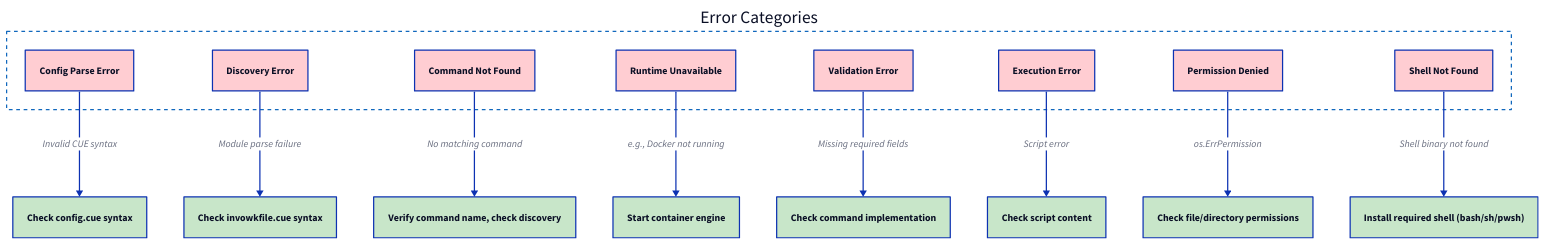
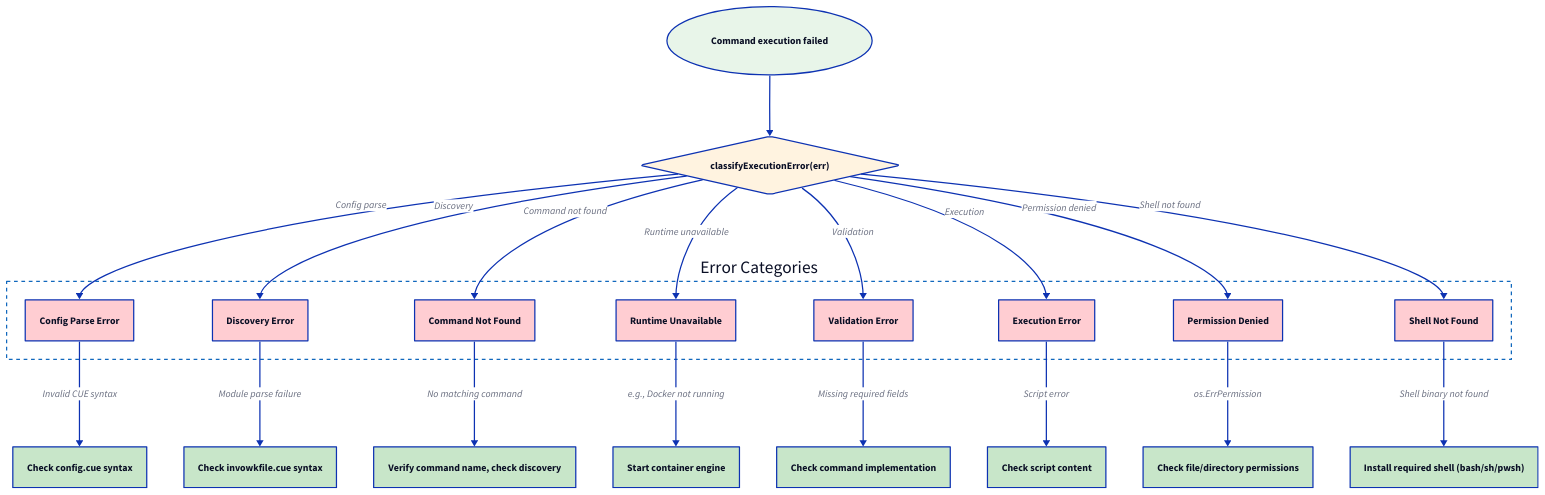
Before and after one commit to invowk/invowk: the diagram in docs/diagrams/flowcharts/execution-errors.d2, drawn with D2. The commit also changed 37 other files, not shown here. The source asks for the TALA layout; these drawings use dagre instead.

Commit message:
docs(diagrams): add readability guardrails and refresh d2 guidance (#63)

```diff
--- a/docs/diagrams/flowcharts/execution-errors.d2
+++ b/docs/diagrams/flowcharts/execution-errors.d2
@@ -1,107 +1,127 @@
 # Execution Error Categories Flowchart
 #
 # Shows the main categories of errors that can occur during
 # command execution and their common fixes.
 #
 # Source: cmd/invowk/cmd_execute_error_classifier.go (classifyExecutionError)
 
 vars: {
   d2-config: {
     layout-engine: tala
   }
 }
 
 direction: down
+
+Start: Command execution failed {
+  shape: oval
+  style.fill: "#E8F5E9"
+}
+
+Classify: classifyExecutionError(err) {
+  shape: diamond
+  style.fill: "#FFF3E0"
+}
 
 # ==============================================================================
 # Error Categories
 # ==============================================================================
 
 errors: Error Categories {
   style: {
     stroke: "#1168BD"
     stroke-dash: 3
     fill: transparent
   }
 
   E1: Config Parse Error {
     style.fill: "#FFCDD2"
   }
 
   E2: Discovery Error {
     style.fill: "#FFCDD2"
   }
 
   E3: Command Not Found {
     style.fill: "#FFCDD2"
   }
 
   E4: Runtime Unavailable {
     style.fill: "#FFCDD2"
   }
 
   E5: Validation Error {
     style.fill: "#FFCDD2"
   }
 
   E6: Execution Error {
     style.fill: "#FFCDD2"
   }
 
   E7: Permission Denied {
     style.fill: "#FFCDD2"
   }
 
   E8: Shell Not Found {
     style.fill: "#FFCDD2"
   }
 }
 
 # ==============================================================================
 # Fixes
 # ==============================================================================
 
 Fix1: Check config.cue syntax {
   style.fill: "#C8E6C9"
 }
 
 Fix2: Check invowkfile.cue syntax {
   style.fill: "#C8E6C9"
 }
 
 Fix3: Verify command name, check discovery {
   style.fill: "#C8E6C9"
 }
 
 Fix4: Start container engine {
   style.fill: "#C8E6C9"
 }
 
 Fix5: Check command implementation {
   style.fill: "#C8E6C9"
 }
 
 Fix6: Check script content {
   style.fill: "#C8E6C9"
 }
 
 Fix7: Check file/directory permissions {
   style.fill: "#C8E6C9"
 }
 
 Fix8: Install required shell (bash/sh/pwsh) {
   style.fill: "#C8E6C9"
 }
 
 # ==============================================================================
 # Connections
 # ==============================================================================
 
+Start -> Classify
+Classify -> errors.E1: Config parse
+Classify -> errors.E2: Discovery
+Classify -> errors.E3: Command not found
+Classify -> errors.E4: Runtime unavailable
+Classify -> errors.E5: Validation
+Classify -> errors.E6: Execution
+Classify -> errors.E7: Permission denied
+Classify -> errors.E8: Shell not found
+
 errors.E1 -> Fix1: Invalid CUE syntax
 errors.E2 -> Fix2: Module parse failure
 errors.E3 -> Fix3: No matching command
 errors.E4 -> Fix4: e.g., Docker not running
 errors.E5 -> Fix5: Missing required fields
 errors.E6 -> Fix6: Script error
 errors.E7 -> Fix7: os.ErrPermission
 errors.E8 -> Fix8: Shell binary not found
```
